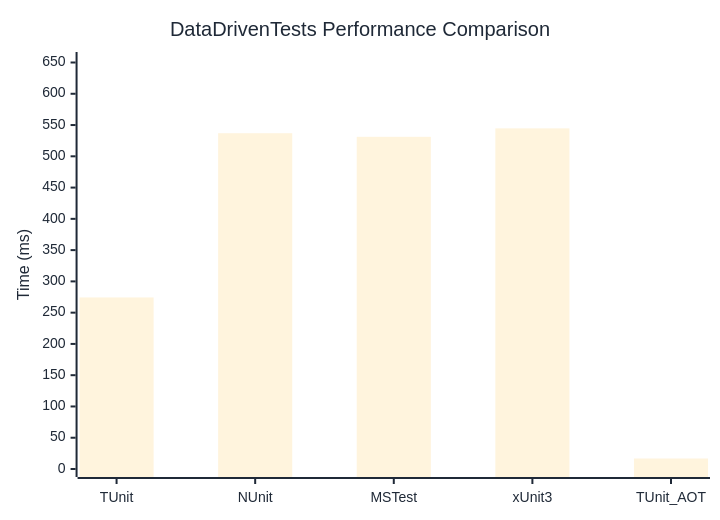
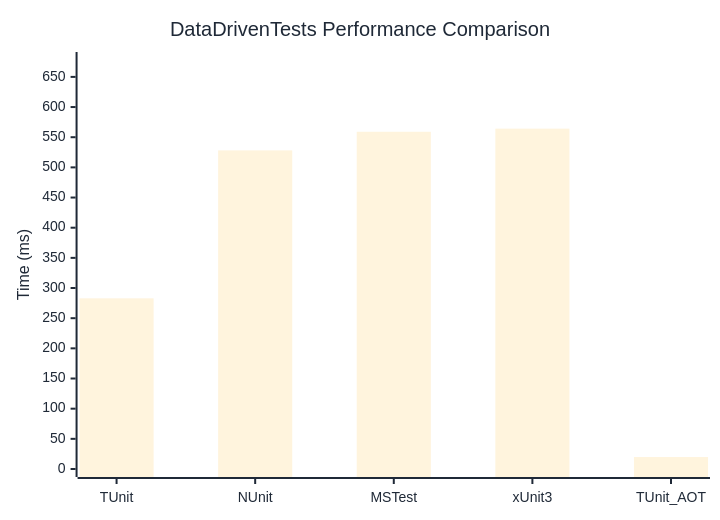
Before and after one commit to thomhurst/TUnit: the diagram in docs/docs/benchmarks/engine/DataDrivenTests.md, drawn with Mermaid. The commit also changed other lines of this file and 17 other files, not shown here.

````diff
--- a/docs/docs/benchmarks/engine/DataDrivenTests.md
+++ b/docs/docs/benchmarks/engine/DataDrivenTests.md
@@ -29,37 +29,37 @@
 ```mermaid
 %%{init: {
   'theme':'base',
   'themeVariables': {
     'primaryColor': '#2563eb',
     'primaryTextColor': '#1f2937',
     'primaryBorderColor': '#1e40af',
     'lineColor': '#6b7280',
     'secondaryColor': '#7c3aed',
     'tertiaryColor': '#dc2626',
     'background': '#ffffff',
     'mainBkg': '#2563eb',
     'secondBkg': '#7c3aed',
     'tertiaryBkg': '#dc2626',
     'clusterBkg': '#f3f4f6',
     'edgeLabelBackground': '#ffffff',
     'tertiaryTextColor': '#1f2937',
     'pie1': '#2563eb',
     'pie2': '#7c3aed',
     'pie3': '#dc2626',
     'pie4': '#f59e0b',
     'pie5': '#10b981',
     'pie6': '#06b6d4',
     'pie7': '#ec4899',
     'pie8': '#6366f1',
     'pie9': '#84cc16',
     'pie10': '#f97316',
     'pie11': '#14b8a6',
     'pie12': '#a855f7'
   }
 }}%%
 xychart-beta
   title "DataDrivenTests Performance Comparison"
   x-axis ["TUnit", "NUnit", "MSTest", "xUnit3", "TUnit_AOT"]
-  y-axis "Time (ms)" 0 --> 654
-  bar [274.3, 536.93, 531.15, 544.7, 16.79]
+  y-axis "Time (ms)" 0 --> 678
+  bar [282.91, 528.15, 559.04, 564.2, 19.8]
 ```
````
